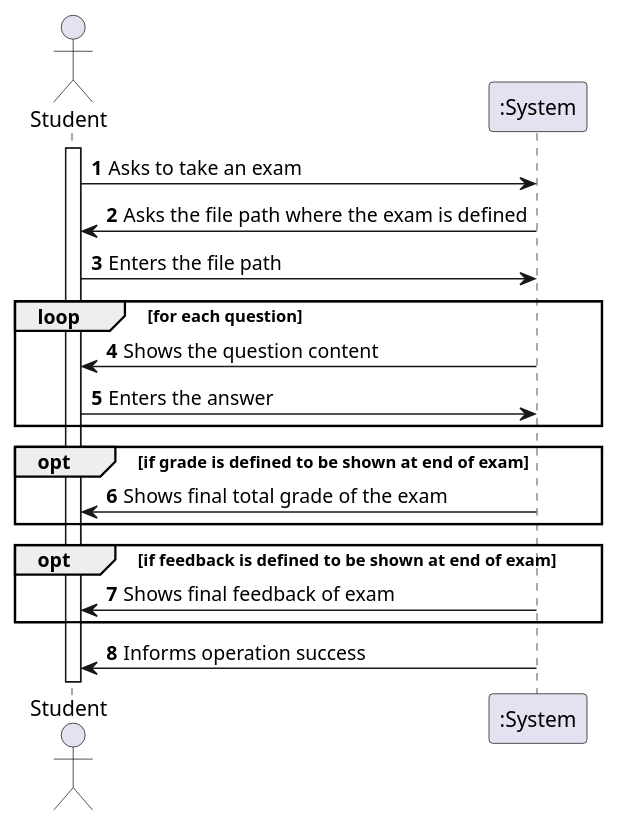
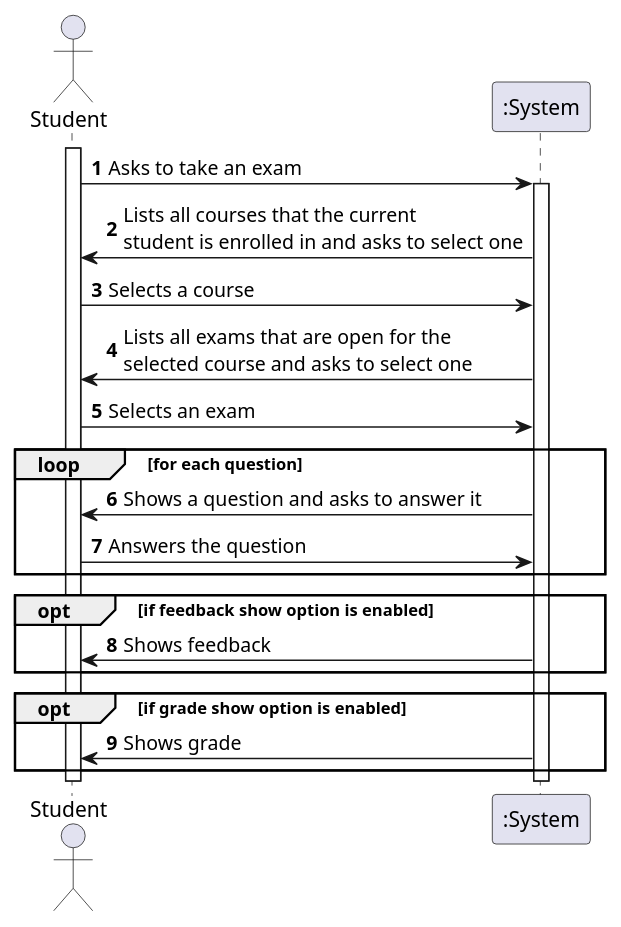
One commit to miseEnPlace-dev/lapr4 changed the diagram in docs/sprint-c/us36-2004/US2004_SSD.puml. Above: the diagram before and after it, drawn with PlantUML.

Commit message:
docs(us2004): updated ssd (#60)

```diff
--- a/docs/sprint-c/us36-2004/US2004_SSD.puml
+++ b/docs/sprint-c/us36-2004/US2004_SSD.puml
@@ -1,24 +1,34 @@
 @startuml US2004_SSD
 autonumber
 
 actor "Student" as student
 participant ":System" as system
 
 activate student
 
 student -> system : Asks to take an exam
-system -> student : Asks the file path where the exam is defined
-student -> system : Enters the file path
+
+activate system
+
+system -> student : Lists all courses that the current\nstudent is enrolled in and asks to select one
+student -> system : Selects a course
+
+system -> student : Lists all exams that are open for the\nselected course and asks to select one
+student -> system : Selects an exam
+
 loop for each question
-system -> student : Shows the question content
-student -> system : Enters the answer
-end
-opt if grade is defined to be shown at end of exam
-system -> student : Shows final total grade of the exam
-end
-opt if feedback is defined to be shown at end of exam
-system -> student : Shows final feedback of exam
-end
-system -> student : Informs operation success
+  system -> student : Shows a question and asks to answer it
+  student -> system : Answers the question
+end loop
+
+opt if feedback show option is enabled
+  system -> student : Shows feedback
+end opt
+opt if grade show option is enabled
+  system -> student : Shows grade
+end opt
+
+deactivate system
+deactivate student
 
 @enduml
```
